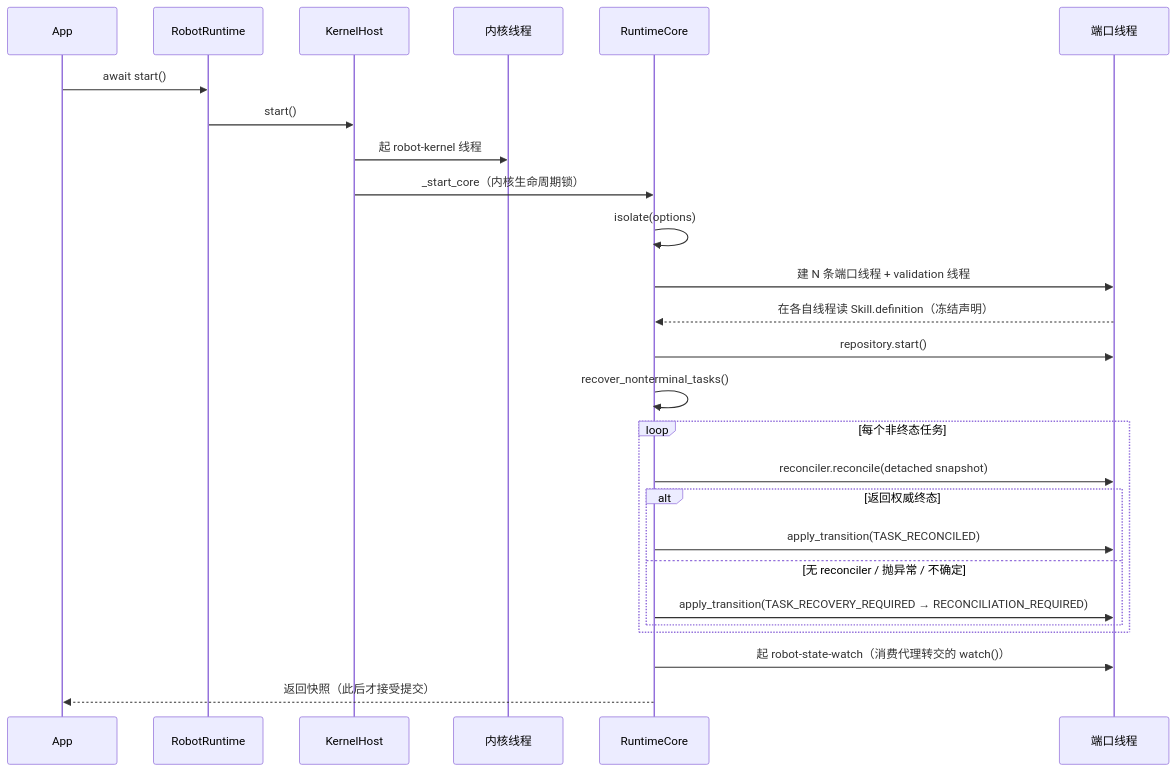
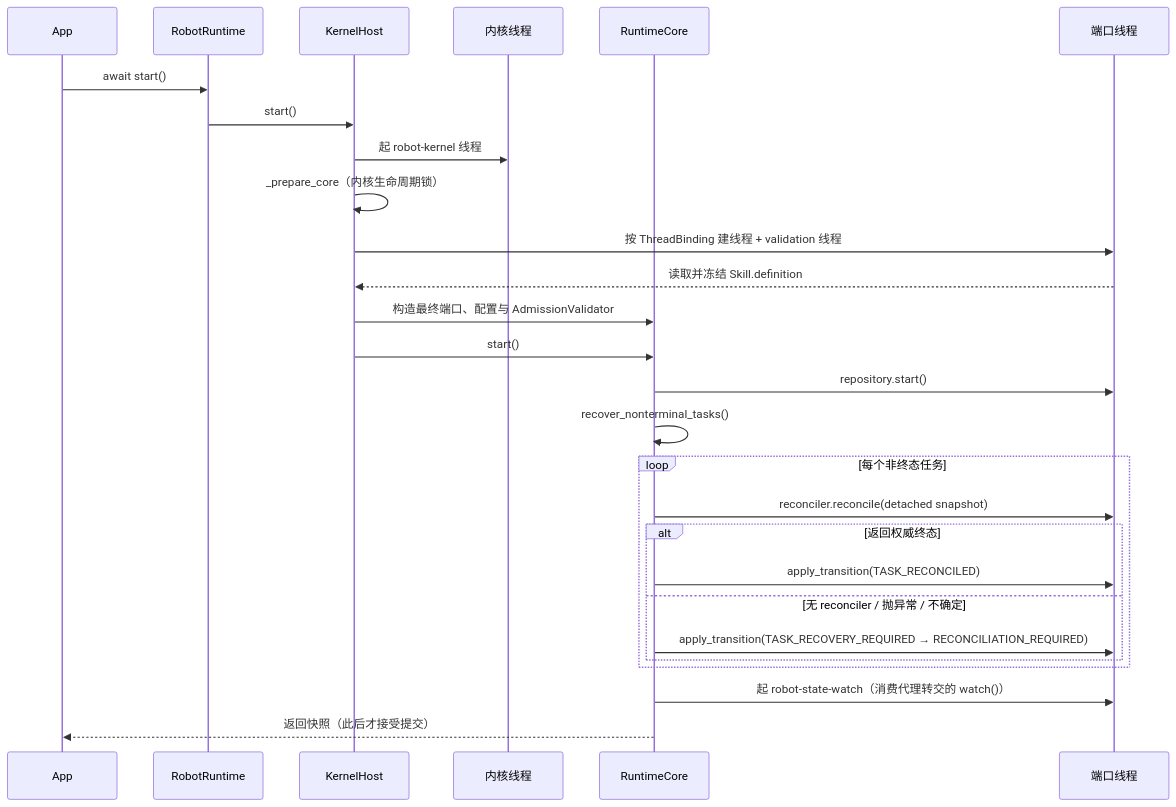
Before and after one commit to zhaaimin/robot_core: the third of 5 diagrams in docs/architecture-and-flows.md, drawn with Mermaid. The commit also changed other lines of this file and 60 other files, not shown here.

````diff
--- a/docs/architecture-and-flows.md
+++ b/docs/architecture-and-flows.md
@@ -274,28 +303,29 @@
 ```mermaid
 sequenceDiagram
   participant App
   participant SDK as RobotRuntime
   participant KH as KernelHost
   participant K as 内核线程
   participant C as RuntimeCore
   participant P as 端口线程
   App->>SDK: await start()
   SDK->>KH: start()
   KH->>K: 起 robot-kernel 线程
-  KH->>C: _start_core（内核生命周期锁）
-  C->>C: isolate(options)
-  C->>P: 建 N 条端口线程 + validation 线程
-  P-->>C: 在各自线程读 Skill.definition（冻结声明）
+  KH->>KH: _prepare_core（内核生命周期锁）
+  KH->>P: 按 ThreadBinding 建线程 + validation 线程
+  P-->>KH: 读取并冻结 Skill.definition
+  KH->>C: 构造最终端口、配置与 AdmissionValidator
+  KH->>C: start()
   C->>P: repository.start()
   C->>C: recover_nonterminal_tasks()
   loop 每个非终态任务
     C->>P: reconciler.reconcile(detached snapshot)
     alt 返回权威终态
       C->>P: apply_transition(TASK_RECONCILED)
     else 无 reconciler / 抛异常 / 不确定
       C->>P: apply_transition(TASK_RECOVERY_REQUIRED → RECONCILIATION_REQUIRED)
     end
   end
   C->>P: 起 robot-state-watch（消费代理转交的 watch()）
   C-->>App: 返回快照（此后才接受提交）
 ```
````
